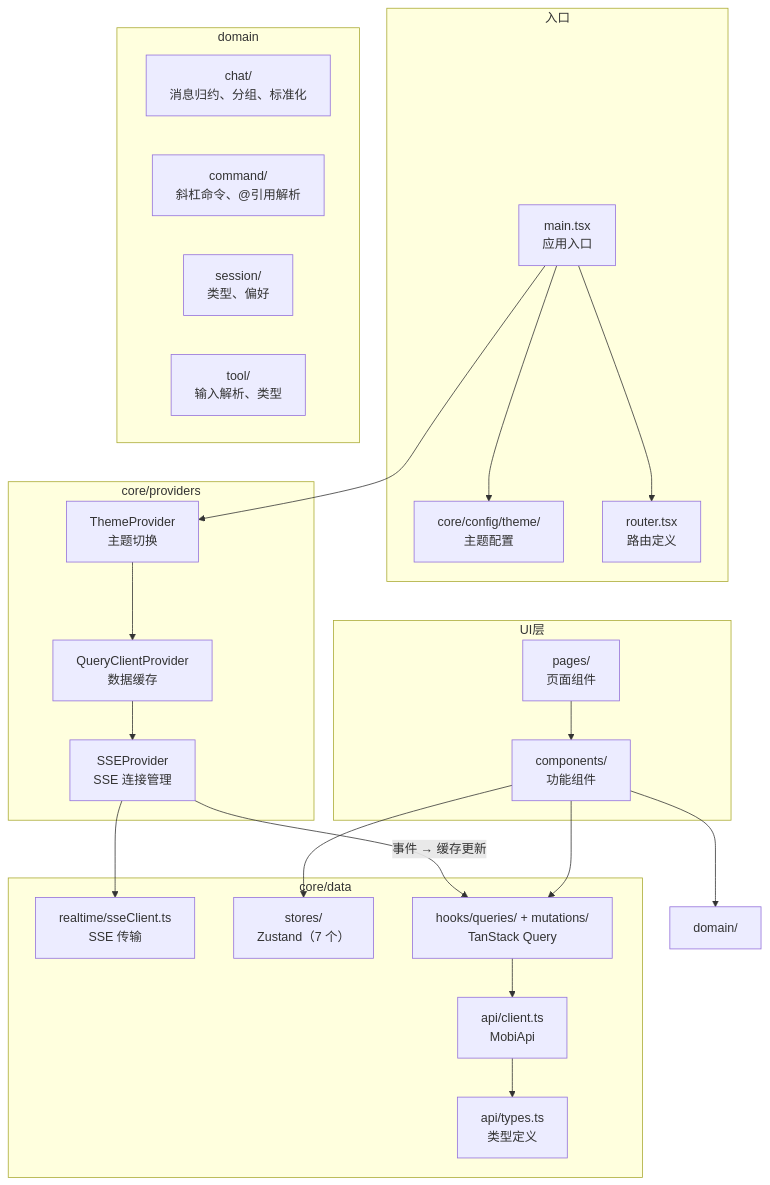
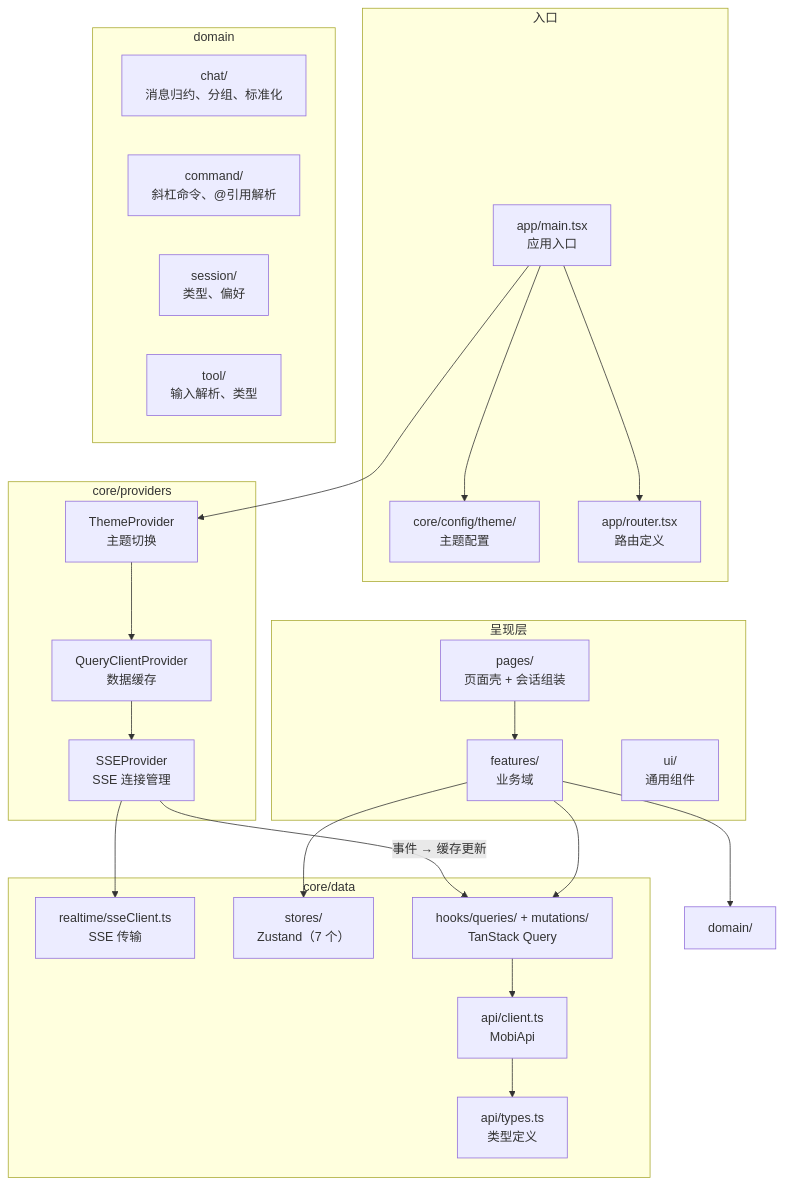
The first of 5 diagrams in docs/architecture/web/README.md (ModuBit/mobi), drawn with Mermaid before and after one commit. The commit also changed other lines of this file and 14 other files, not shown here.

````diff
--- a/docs/architecture/web/README.md
+++ b/docs/architecture/web/README.md
@@ -55,48 +58,49 @@
 ```mermaid
 graph TB
     subgraph 入口
-        Main["main.tsx<br/>应用入口"]
+        Main["app/main.tsx<br/>应用入口"]
         Theme["core/config/theme/<br/>主题配置"]
-        Router["router.tsx<br/>路由定义"]
+        Router["app/router.tsx<br/>路由定义"]
     end
 
     subgraph core/providers
         SSEP["SSEProvider<br/>SSE 连接管理"]
         TP["ThemeProvider<br/>主题切换"]
         QCP["QueryClientProvider<br/>数据缓存"]
     end
 
     subgraph core/data
         API["api/client.ts<br/>MobiApi"]
         Types["api/types.ts<br/>类型定义"]
         SSEC["realtime/sseClient.ts<br/>SSE 传输"]
         Stores["stores/<br/>Zustand（7 个）"]
         Hooks["hooks/queries/ + mutations/<br/>TanStack Query"]
     end
 
     subgraph domain
         Chat["chat/<br/>消息归约、分组、标准化"]
         Command["command/<br/>斜杠命令、@引用解析"]
         Session["session/<br/>类型、偏好"]
         Tool["tool/<br/>输入解析、类型"]
     end
 
-    subgraph UI层
-        Pages["pages/<br/>页面组件"]
-        Components["components/<br/>功能组件"]
+    subgraph 呈现层
+        Pages["pages/<br/>页面壳 + 会话组装"]
+        Features["features/<br/>业务域"]
+        UI["ui/<br/>通用组件"]
     end
 
     Main --> Theme
     Main --> Router
     Main --> TP --> QCP --> SSEP
 
     SSEP --> SSEC
     SSEP -->|"事件 → 缓存更新"| Hooks
 
     Hooks --> API
     API --> Types
-    Components --> Hooks
-    Components --> Domain["domain/"]
-    Pages --> Components
-    Components --> Stores
+    Features --> Hooks
+    Features --> Domain["domain/"]
+    Pages --> Features
+    Features --> Stores
 ```
````
